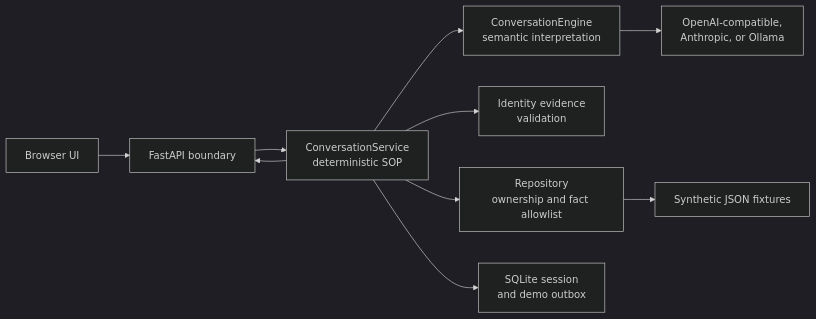
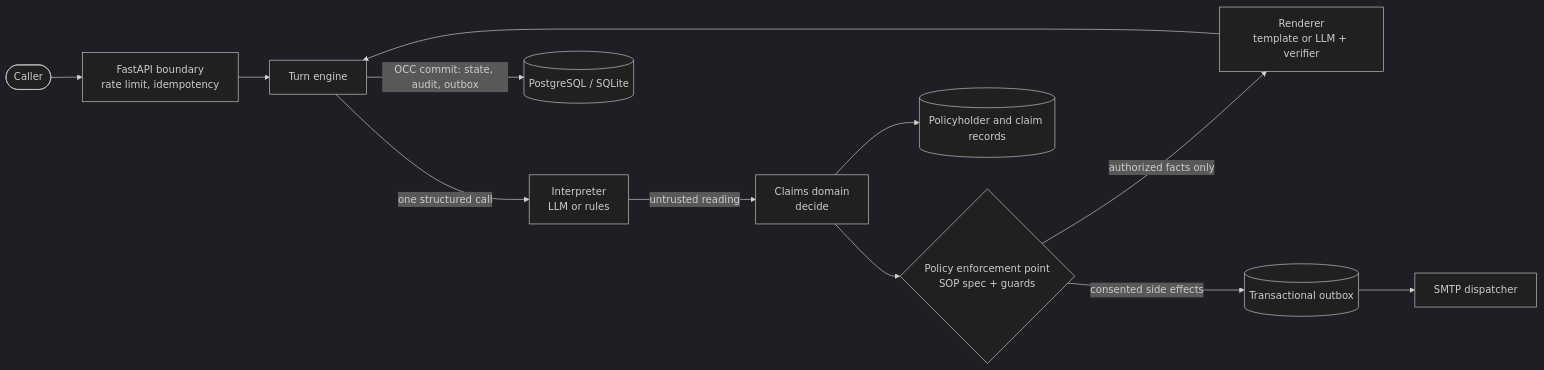
Before and after one commit to Abhayrkhot/ClaimBot-SOP-Harness: the diagram in README.md, drawn with Mermaid (dark theme). The commit also changed other lines of this file and 21 other files, not shown here.

First line of the commit message:
Harden the claims domain against small-model interpretation errors

````diff
--- a/README.md
+++ b/README.md
@@ -219,12 +30,14 @@
 ```mermaid
 flowchart LR
-    UI[Browser UI] --> API[FastAPI boundary]
-    API --> SOP[ConversationService<br/>deterministic SOP]
-    SOP --> ENGINE[ConversationEngine<br/>semantic interpretation]
-    ENGINE --> PROVIDER[OpenAI-compatible,<br/>Anthropic, or Ollama]
-    SOP --> ID[Identity evidence<br/>validation]
-    SOP --> REPO[Repository<br/>ownership and fact allowlist]
-    REPO --> DATA[Synthetic JSON fixtures]
-    SOP --> STORE[SQLite session<br/>and demo outbox]
-    SOP --> API
+    caller([Caller]) --> api[FastAPI boundary<br/>rate limit, idempotency]
+    api --> engine[Turn engine]
+    engine -->|one structured call| interp[Interpreter<br/>LLM or rules]
+    interp -->|untrusted reading| domain[Claims domain<br/>decide]
+    domain --> pep{Policy enforcement point<br/>SOP spec + guards}
+    pep -->|authorized facts only| render[Renderer<br/>template or LLM + verifier]
+    pep -->|consented side effects| outbox[(Transactional outbox)]
+    render --> engine
+    engine -->|OCC commit: state, audit, outbox| store[(PostgreSQL / SQLite)]
+    outbox --> smtp[SMTP dispatcher]
+    domain --> repo[(Policyholder and claim records)]
 ```
````
